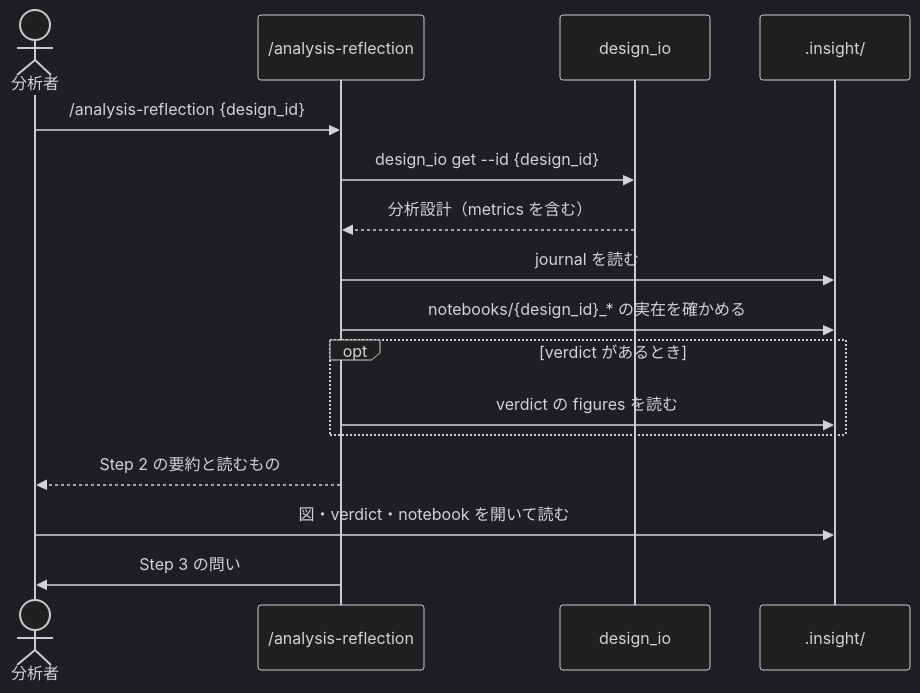
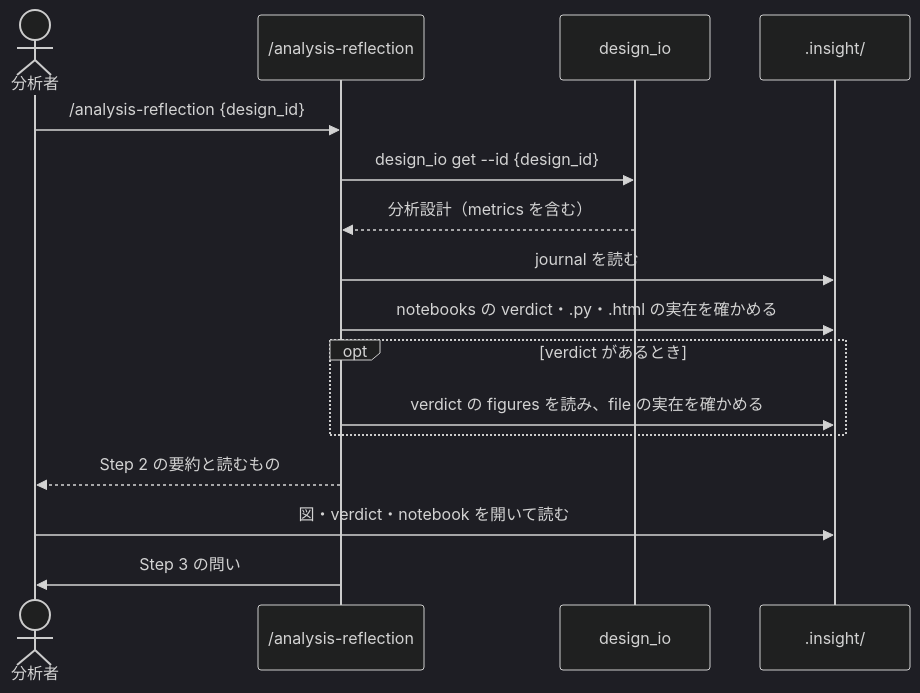
One commit to etoyama/insight-blueprint-skills changed the third of 3 diagrams in docs/design/epic-26-reflection-materials.md. Above: the diagram before and after it, drawn with Mermaid (dark theme). The commit also changed other lines of this file and 2 other files, not shown here.

First line of the commit message:
fix(analysis-reflection): 読むものの図を manifest から並べ、データ由来の文を指示として扱わない (#159)

````diff
--- a/docs/design/epic-26-reflection-materials.md
+++ b/docs/design/epic-26-reflection-materials.md
@@ -112,19 +119,19 @@
 ```mermaid
 sequenceDiagram
     actor A as 分析者
     participant R as /analysis-reflection
     participant IO as design_io
     participant FS as .insight/
 
     A->>R: /analysis-reflection {design_id}
     R->>IO: design_io get --id {design_id}
     IO-->>R: 分析設計（metrics を含む）
     R->>FS: journal を読む
-    R->>FS: notebooks/{design_id}_* の実在を確かめる
+    R->>FS: notebooks の verdict・.py・.html の実在を確かめる
     opt verdict があるとき
-        R->>FS: verdict の figures を読む
+        R->>FS: verdict の figures を読み、file の実在を確かめる
     end
     R-->>A: Step 2 の要約と読むもの
     A->>FS: 図・verdict・notebook を開いて読む
     R->>A: Step 3 の問い
 ```
````
